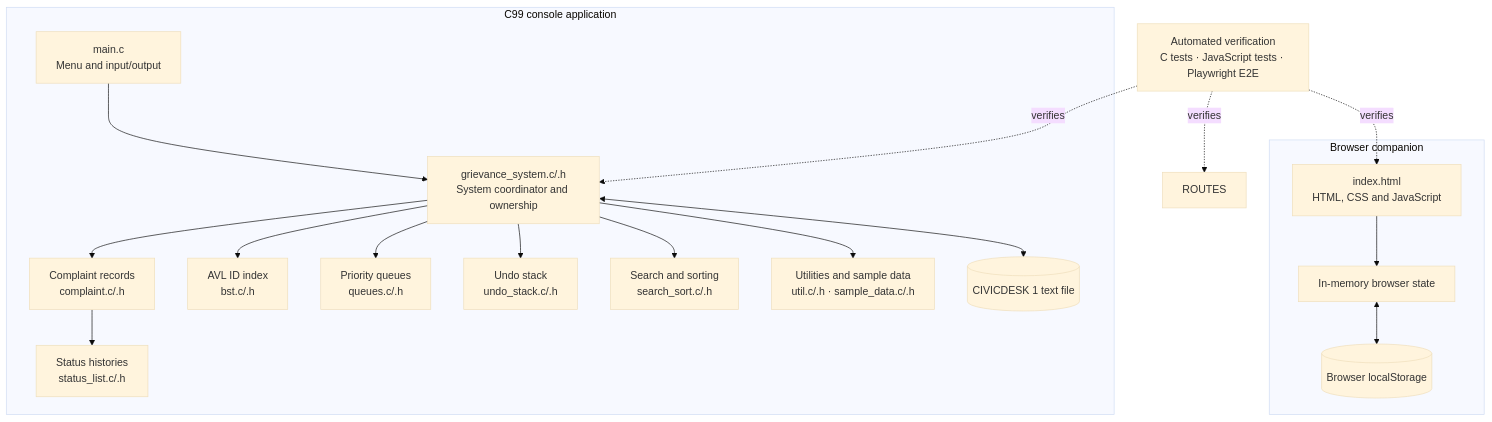
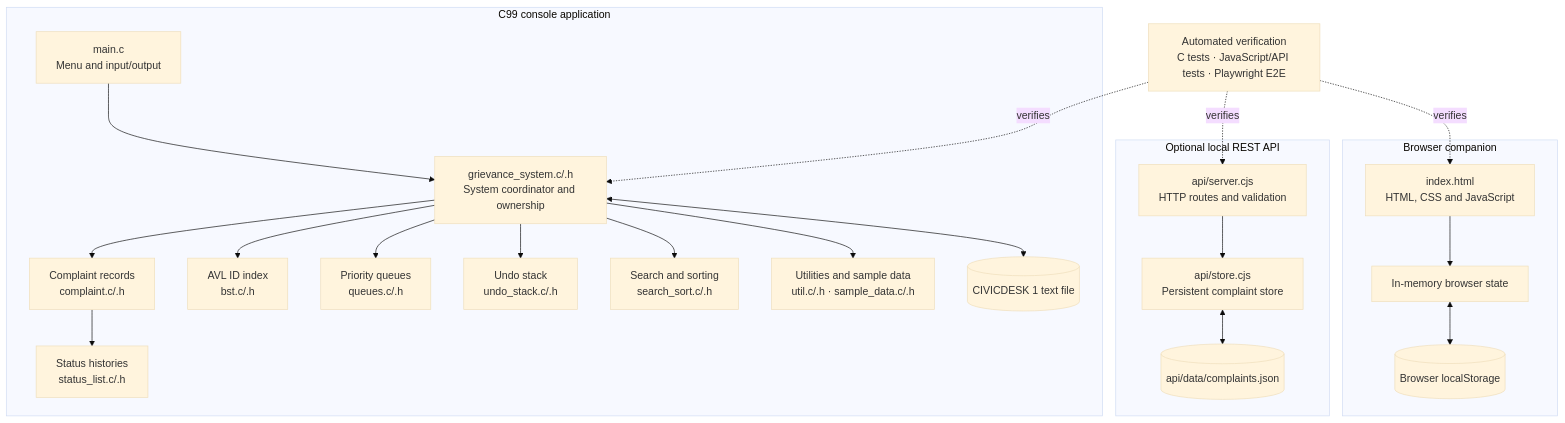
The first of 3 diagrams in docs/ARCHITECTURE.md (pulegarisashikirran/civicdesk-grievance-system), drawn with Mermaid (base theme) before and after one commit.

Commit message:
Complete REST API architecture diagram

````diff
--- a/docs/ARCHITECTURE.md
+++ b/docs/ARCHITECTURE.md
@@ -13,37 +13,45 @@
 ```mermaid
 flowchart TB
     subgraph Console["C99 console application"]
         UI["main.c\nMenu and input/output"]
         SYS["grievance_system.c/.h\nSystem coordinator and ownership"]
         DATA["Complaint records\ncomplaint.c/.h"]
         AVL["AVL ID index\nbst.c/.h"]
         PQ["Priority queues\nqueues.c/.h"]
         HISTORY["Status histories\nstatus_list.c/.h"]
         UNDO["Undo stack\nundo_stack.c/.h"]
         SEARCH["Search and sorting\nsearch_sort.c/.h"]
         UTIL["Utilities and sample data\nutil.c/.h · sample_data.c/.h"]
         FILES[("CIVICDESK 1 text file")]
         UI --> SYS
         SYS --> DATA
         SYS --> AVL
         SYS --> PQ
         DATA --> HISTORY
         SYS --> UNDO
         SYS --> SEARCH
         SYS --> UTIL
         SYS <--> FILES
     end
 
     subgraph Browser["Browser companion"]
         PAGE["index.html\nHTML, CSS and JavaScript"]
         STATE["In-memory browser state"]
         STORE[("Browser localStorage")]
         PAGE --> STATE
         STATE <--> STORE
     end
 
-    TESTS["Automated verification\nC tests · JavaScript tests · Playwright E2E"]
+    subgraph API["Optional local REST API"]
+        ROUTES["api/server.cjs\nHTTP routes and validation"]
+        APIDATA["api/store.cjs\nPersistent complaint store"]
+        JSONFILE[("api/data/complaints.json")]
+        ROUTES --> APIDATA
+        APIDATA <--> JSONFILE
+    end
+
+    TESTS["Automated verification\nC tests · JavaScript/API tests · Playwright E2E"]
     TESTS -. verifies .-> SYS
     TESTS -. verifies .-> PAGE
     TESTS -. verifies .-> ROUTES
 ```
````
